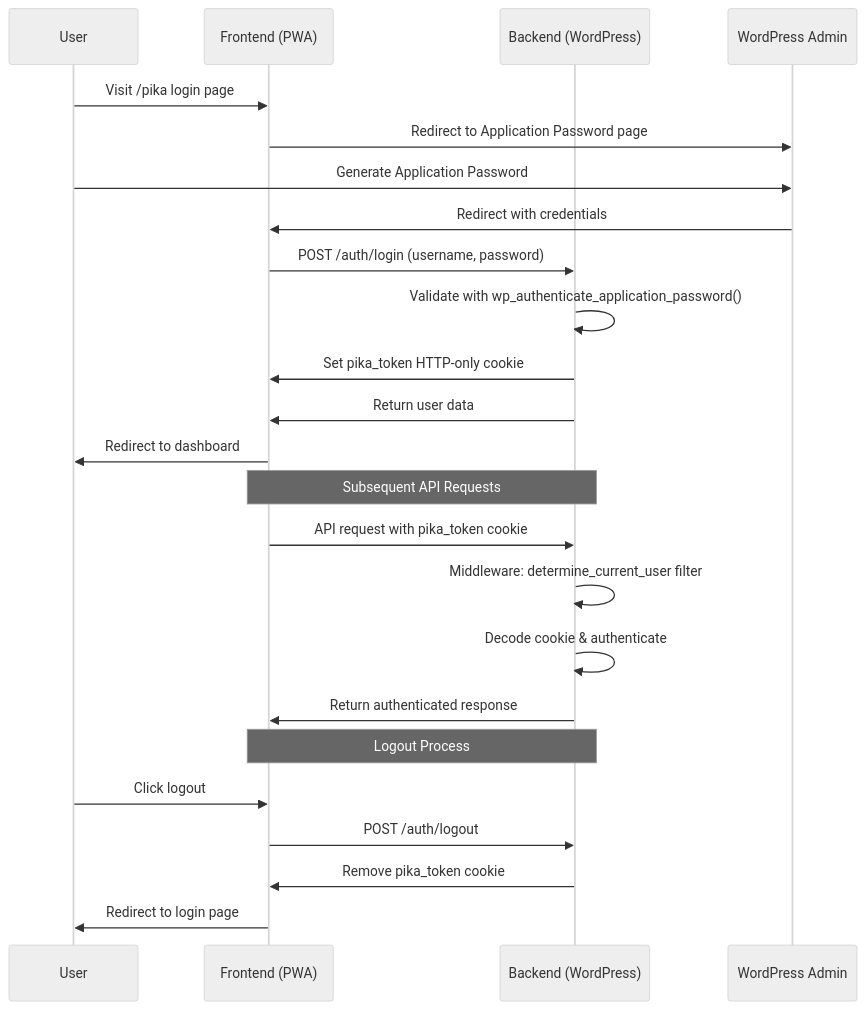
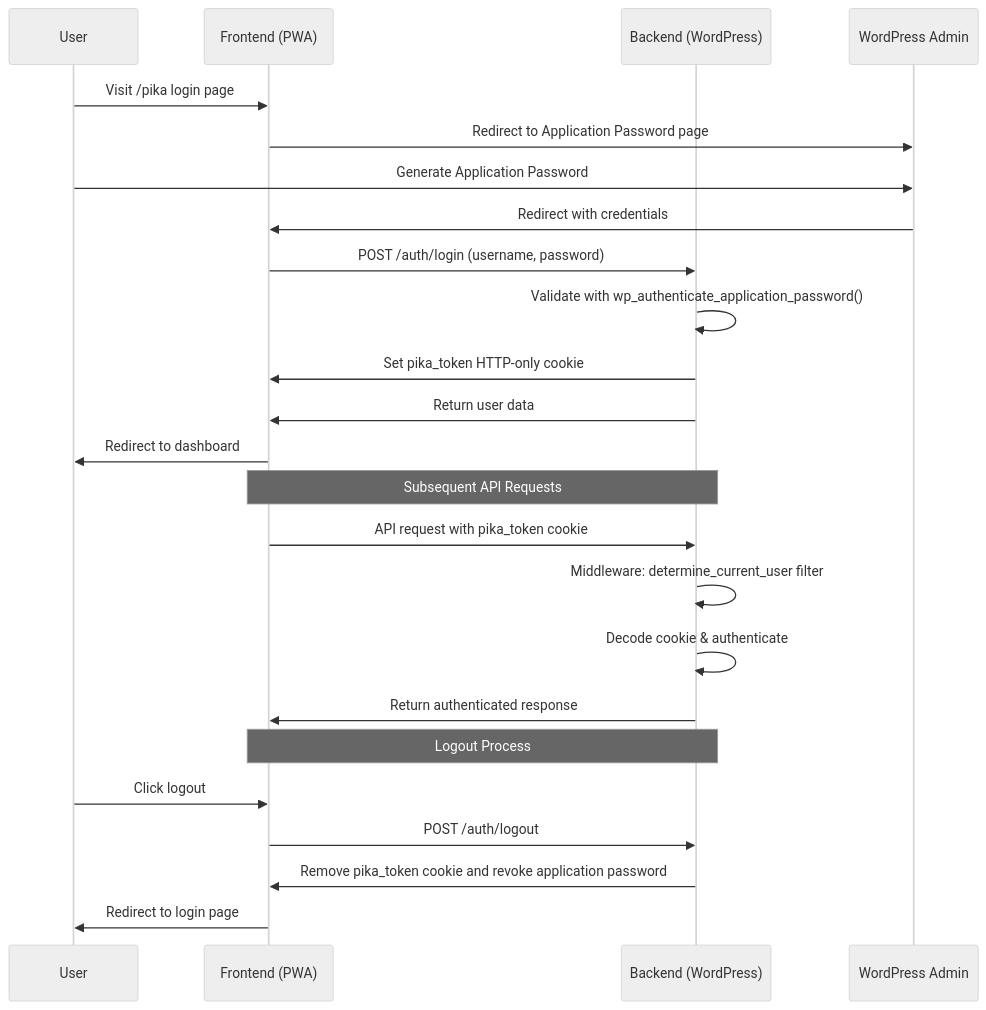
The diagram in README.md (e-labInnovations/pika), drawn with Mermaid (neutral theme) before and after one commit. The commit also changed other lines of this file and 1 other file, not shown here.

````diff
--- a/README.md
+++ b/README.md
@@ -163,29 +191,29 @@
 ```mermaid
 sequenceDiagram
     participant U as User
     participant F as Frontend (PWA)
     participant B as Backend (WordPress)
     participant W as WordPress Admin
 
     U->>F: Visit /pika login page
     F->>W: Redirect to Application Password page
     U->>W: Generate Application Password
     W->>F: Redirect with credentials
     F->>B: POST /auth/login (username, password)
     B->>B: Validate with wp_authenticate_application_password()
     B->>F: Set pika_token HTTP-only cookie
     B->>F: Return user data
     F->>U: Redirect to dashboard
 
     Note over F,B: Subsequent API Requests
     F->>B: API request with pika_token cookie
     B->>B: Middleware: determine_current_user filter
     B->>B: Decode cookie & authenticate
     B->>F: Return authenticated response
 
     Note over F,B: Logout Process
     U->>F: Click logout
     F->>B: POST /auth/logout
-    B->>F: Remove pika_token cookie
+    B->>F: Remove pika_token cookie and revoke application password
     F->>U: Redirect to login page
 ```
````
